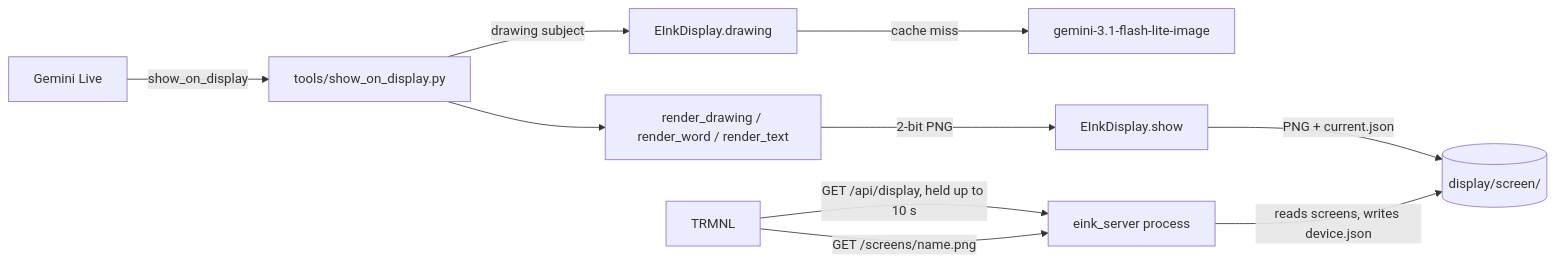
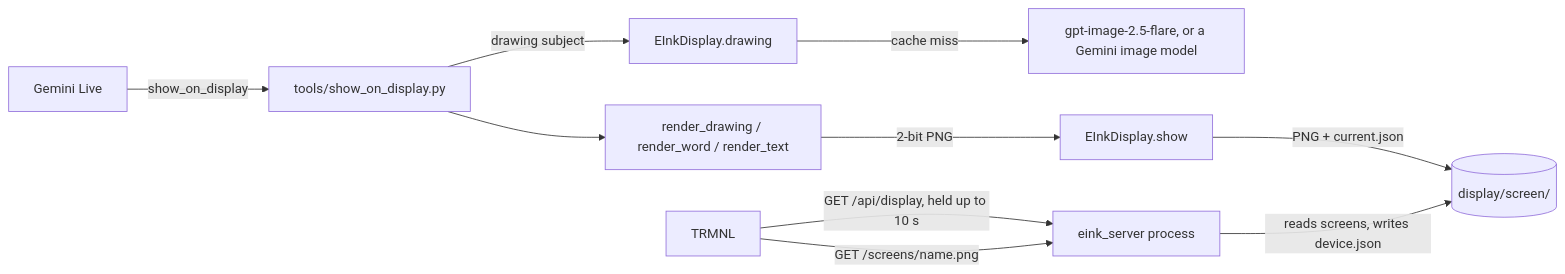
Before and after one commit to eduardoyi/reachy_mini_conversation_app: the second of 2 diagrams in docs/features/eink-display.md, drawn with Mermaid. The commit also changed other lines of this file and 10 other files, not shown here.

First line of the commit message:
feat(display): draw with gpt-image-2.5-flare by default

````diff
--- a/docs/features/eink-display.md
+++ b/docs/features/eink-display.md
@@ -148,12 +148,12 @@
 ```mermaid
 flowchart LR
   Live[Gemini Live] -->|show_on_display| Tool[tools/show_on_display.py]
   Tool -->|drawing subject| Draw[EInkDisplay.drawing]
-  Draw -->|cache miss| Gemini[gemini-3.1-flash-lite-image]
+  Draw -->|cache miss| Model[gpt-image-2.5-flare, or a Gemini image model]
   Tool --> Render[render_drawing / render_word / render_text]
   Render -->|2-bit PNG| State[EInkDisplay.show]
   State -->|PNG + current.json| Spool[(display/screen/)]
   TRMNL -->|GET /api/display, held up to 10 s| Server[eink_server process]
   Server -->|reads screens, writes device.json| Spool
   TRMNL -->|GET /screens/name.png| Server
 ```
````
